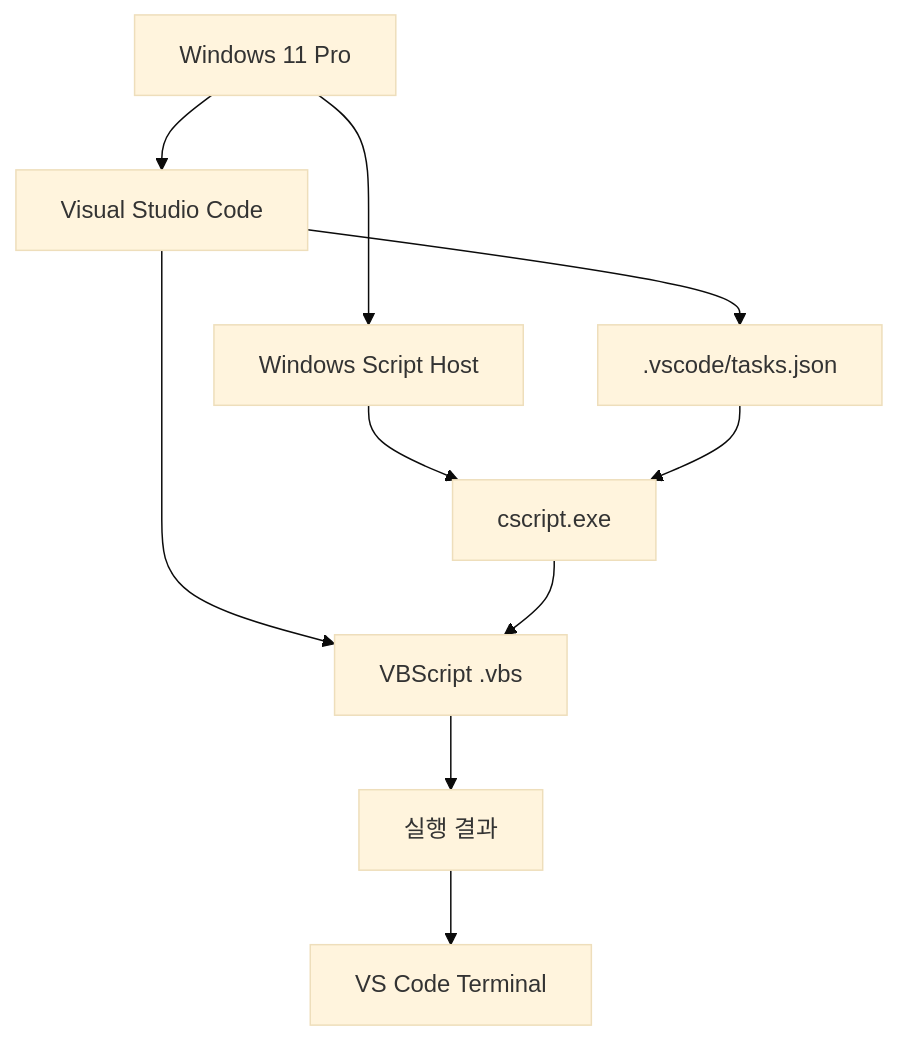
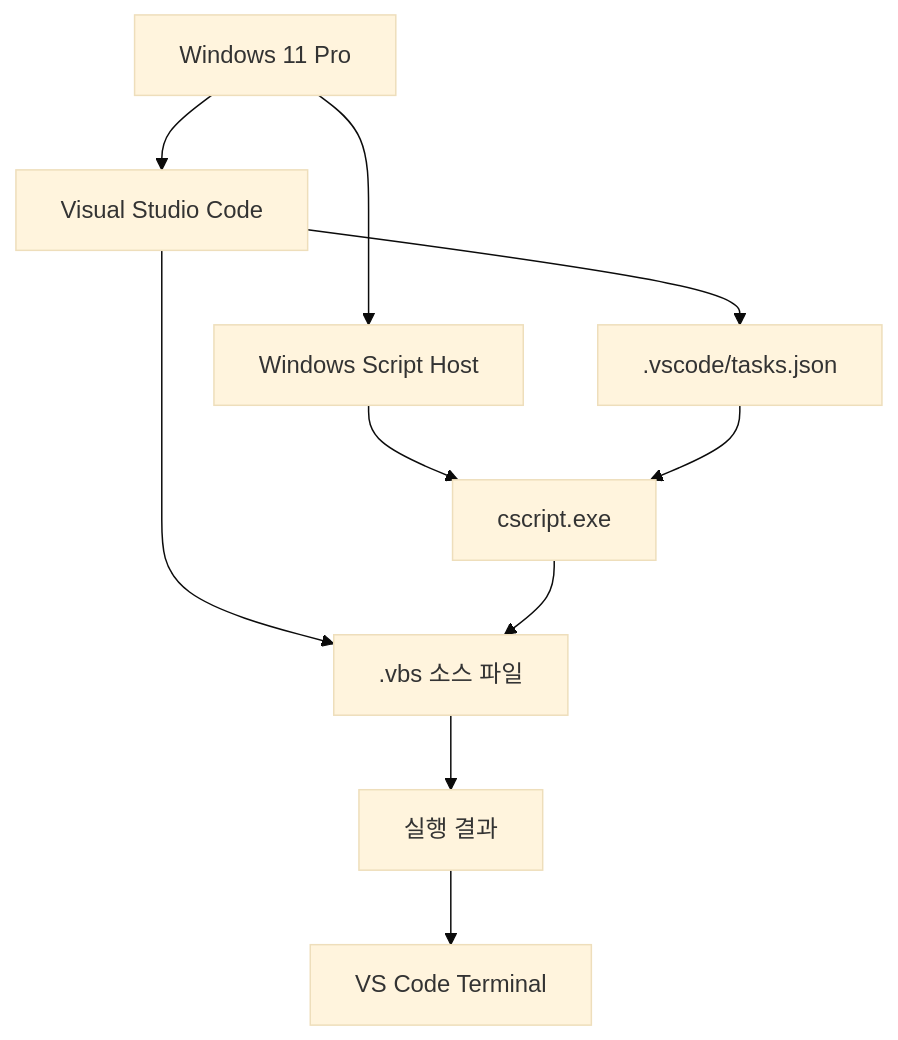
Before and after one commit to Team-Microserver/vbscript-doc: the second of 2 diagrams in docs/01_env/vbscript_execution_environment.md, drawn with Mermaid (base theme). The commit also changed other lines of this file and 9 other files, not shown here.

````diff
--- a/docs/01_env/vbscript_execution_environment.md
+++ b/docs/01_env/vbscript_execution_environment.md
@@ -142,16 +27,15 @@
 ```mermaid
 flowchart TD
     A[Windows 11 Pro]
-
     A --> B[Windows Script Host]
     B --> C[cscript.exe]
 
     A --> D[Visual Studio Code]
-    D --> E[VBScript .vbs]
+    D --> E[.vbs 소스 파일]
     D --> F[.vscode/tasks.json]
 
     F --> C
     C --> E
     E --> G[실행 결과]
     G --> H[VS Code Terminal]
 ```
````
